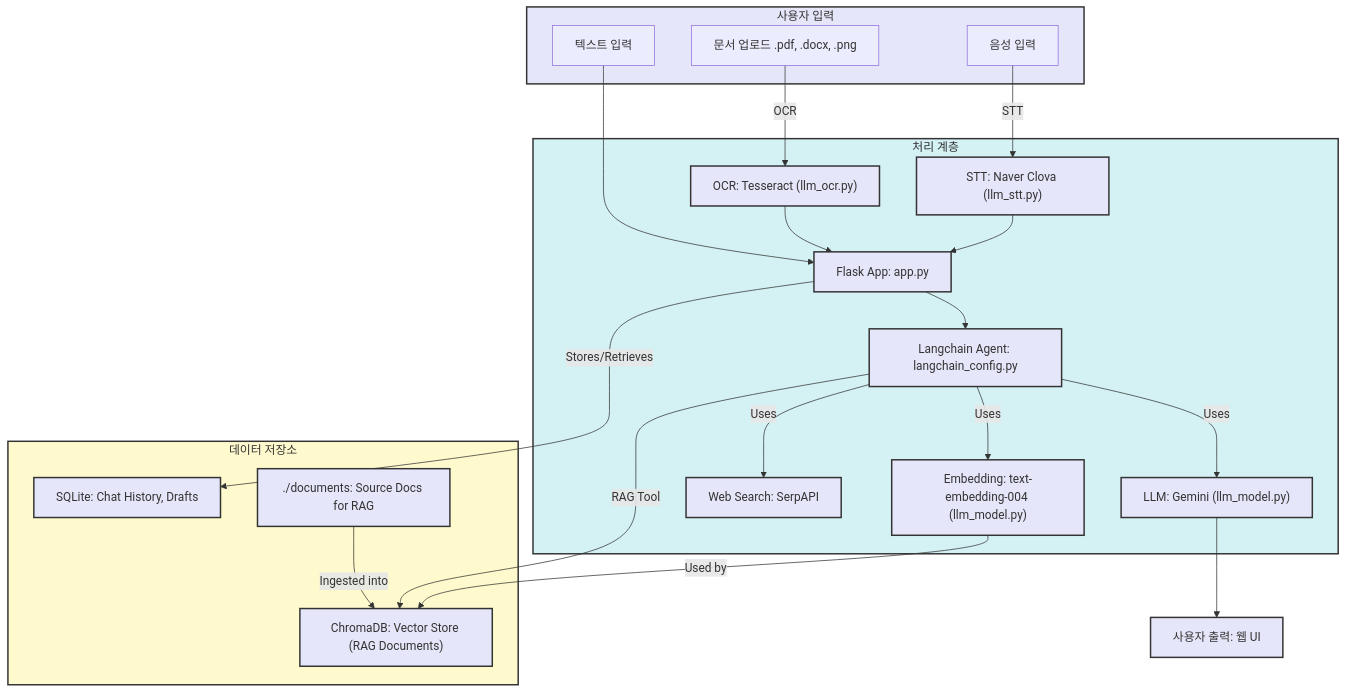
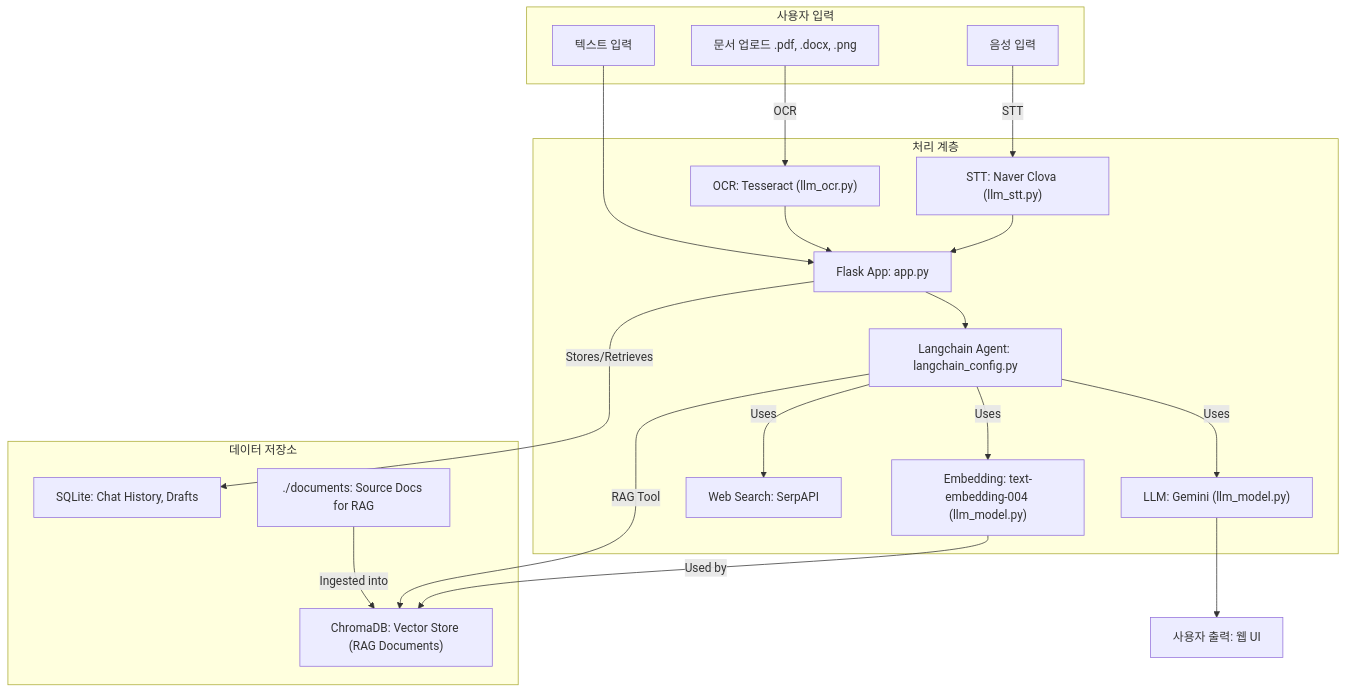
One commit to Fulish0707/LegalAssistant changed the diagram in README.md. Above: the diagram before and after it, drawn with Mermaid.

````diff
--- a/README.md
+++ b/README.md
@@ -54,49 +54,45 @@
 ```mermaid
 graph TD
     subgraph UserInput["사용자 입력"]
         UI_Text[텍스트 입력]
         UI_DocUpload[문서 업로드 .pdf, .docx, .png]
         UI_Audio[음성 입력]
     end
 
     subgraph Processing["처리 계층"]
         P_Flask["Flask App: app.py"]
         P_Langchain["Langchain Agent: langchain_config.py"]
         P_LLM["LLM: Gemini (llm_model.py)"]
         P_Embed["Embedding: text-embedding-004 (llm_model.py)"]
         P_OCR["OCR: Tesseract (llm_ocr.py)"]
         P_STT["STT: Naver Clova (llm_stt.py)"]
         P_SerpAPI["Web Search: SerpAPI"]
     end
 
     subgraph DataStorage["데이터 저장소"]
         DS_Chroma["ChromaDB: Vector Store (RAG Documents)"]
         DS_SQLite["SQLite: Chat History, Drafts"]
         DS_Docs["./documents: Source Docs for RAG"]
     end
 
     UI_Text --> P_Flask
     UI_DocUpload -- OCR --> P_OCR --> P_Flask
     UI_Audio -- STT --> P_STT --> P_Flask
 
     P_Flask --> P_Langchain
     P_Langchain -- Uses --> P_LLM
     P_Langchain -- Uses --> P_Embed
     P_Langchain -- Uses --> P_SerpAPI
     P_Langchain -- RAG Tool --> DS_Chroma
 
     DS_Docs -- Ingested into --> DS_Chroma
     P_Embed -- Used by --> DS_Chroma
 
     P_Flask -- Stores/Retrieves --> DS_SQLite
 
     P_LLM --> UserOutput["사용자 출력: 웹 UI"]
 
-    classDef user fill:#E6E6FA,stroke:#333,stroke-width:2px;
-    classDef processing fill:#D4F1F4,stroke:#333,stroke-width:2px;
-    classDef data fill:#FFFACD,stroke:#333,stroke-width:2px;
-
     class UserInput,P_Flask,P_Langchain,P_LLM,P_Embed,P_OCR,P_STT,P_SerpAPI,DS_Chroma,DS_SQLite,DS_Docs,UserOutput user
     class Processing processing
     class DataStorage data
 ```
````
